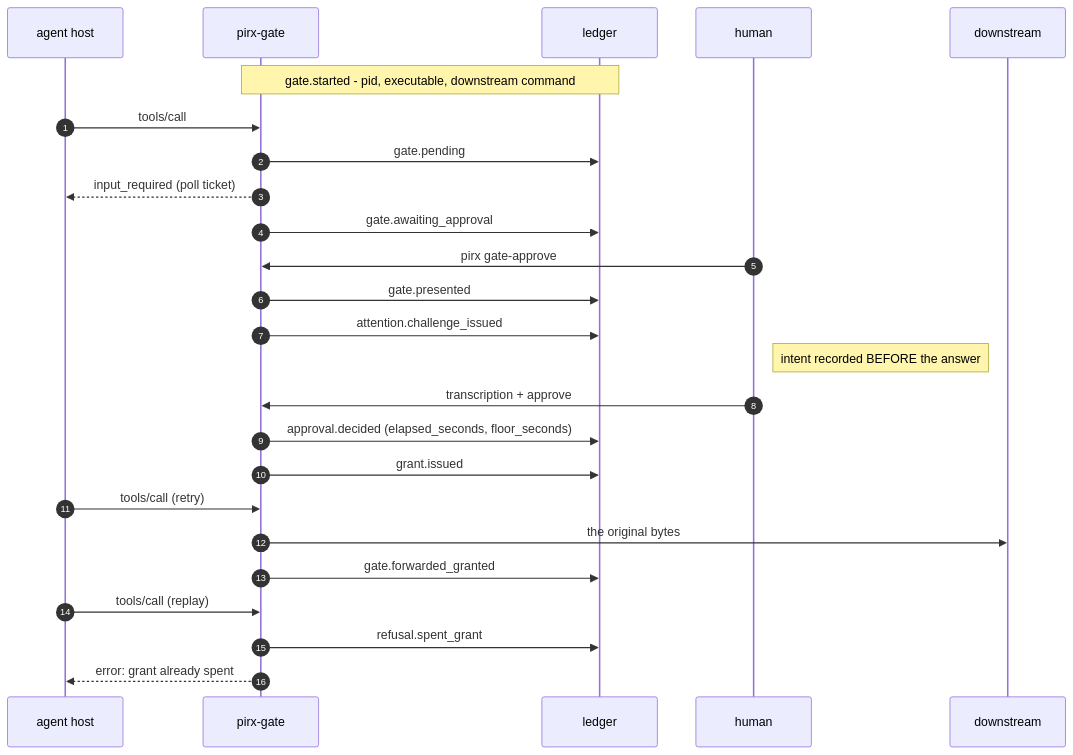
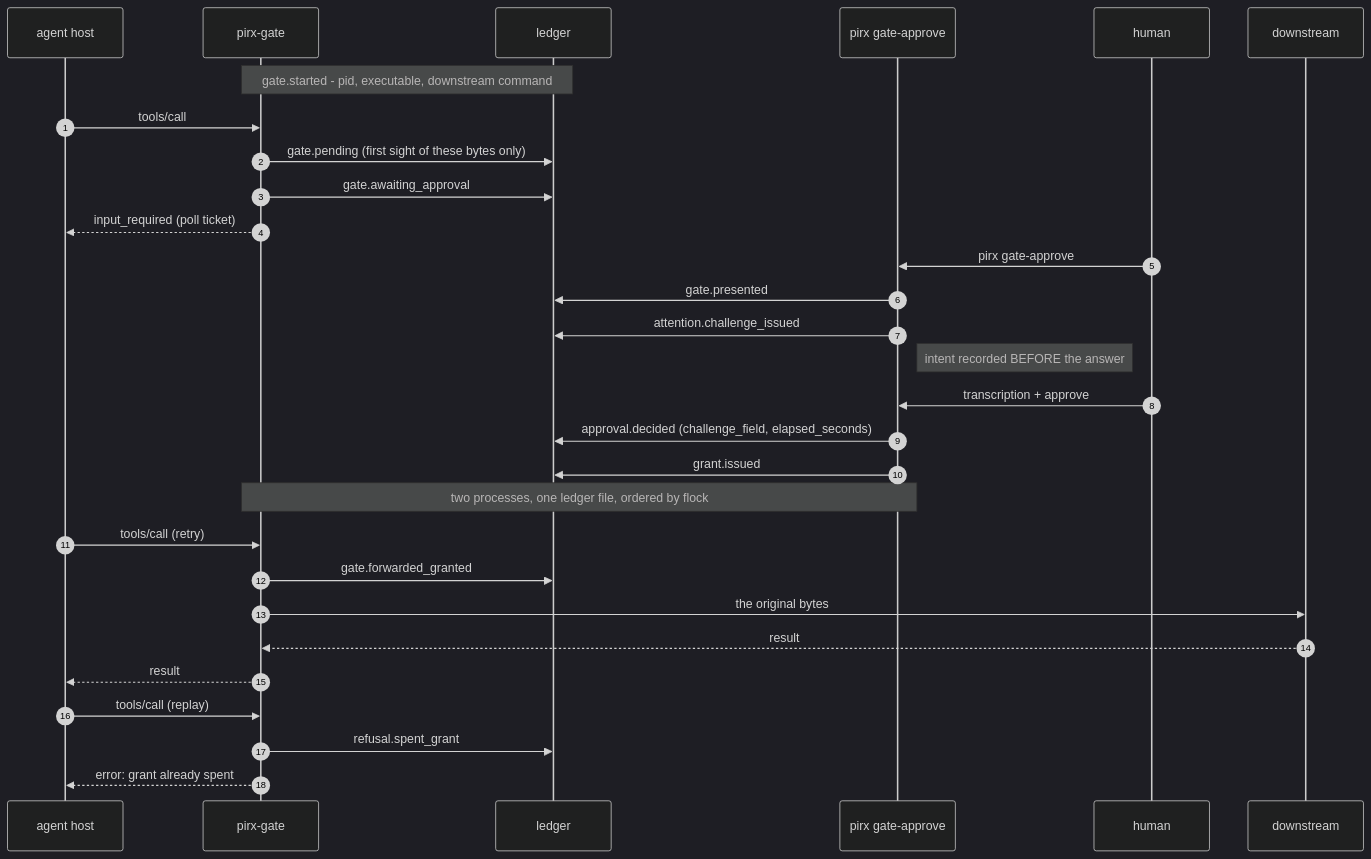
The third of 3 diagrams in docs/MANUAL.md (jerzy99jerzy/pirx), drawn with Mermaid before and after one commit. The commit also changed other lines of this file and 11 other files, not shown here.

First line of the commit message:
docs: reconcile the tree with the code - catalogue the pump attacks (F64), fold in the two-writer ledger, redraw the gate's diagrams

````diff
--- a/docs/MANUAL.md
+++ b/docs/MANUAL.md
@@ -589,28 +595,33 @@
 ```mermaid
+%%{init: {'theme': 'dark'}}%%
 sequenceDiagram
     autonumber
     participant A as agent host
     participant G as pirx-gate
     participant L as ledger
+    participant AP as pirx gate-approve
     participant H as human
     participant D as downstream
 
     Note over G,L: gate.started - pid, executable, downstream command
     A->>G: tools/call
-    G->>L: gate.pending
+    G->>L: gate.pending (first sight of these bytes only)
+    G->>L: gate.awaiting_approval
     G-->>A: input_required (poll ticket)
-    G->>L: gate.awaiting_approval
-    H->>G: pirx gate-approve
-    G->>L: gate.presented
-    G->>L: attention.challenge_issued
-    Note right of H: intent recorded BEFORE the answer
-    H->>G: transcription + approve
-    G->>L: approval.decided (elapsed_seconds, floor_seconds)
-    G->>L: grant.issued
+    H->>AP: pirx gate-approve
+    AP->>L: gate.presented
+    AP->>L: attention.challenge_issued
+    Note right of AP: intent recorded BEFORE the answer
+    H->>AP: transcription + approve
+    AP->>L: approval.decided (challenge_field, elapsed_seconds)
+    AP->>L: grant.issued
+    Note over G,AP: two processes, one ledger file, ordered by flock
     A->>G: tools/call (retry)
+    G->>L: gate.forwarded_granted
     G->>D: the original bytes
-    G->>L: gate.forwarded_granted
+    D-->>G: result
+    G-->>A: result
     A->>G: tools/call (replay)
     G->>L: refusal.spent_grant
     G-->>A: error: grant already spent
 ```
````
